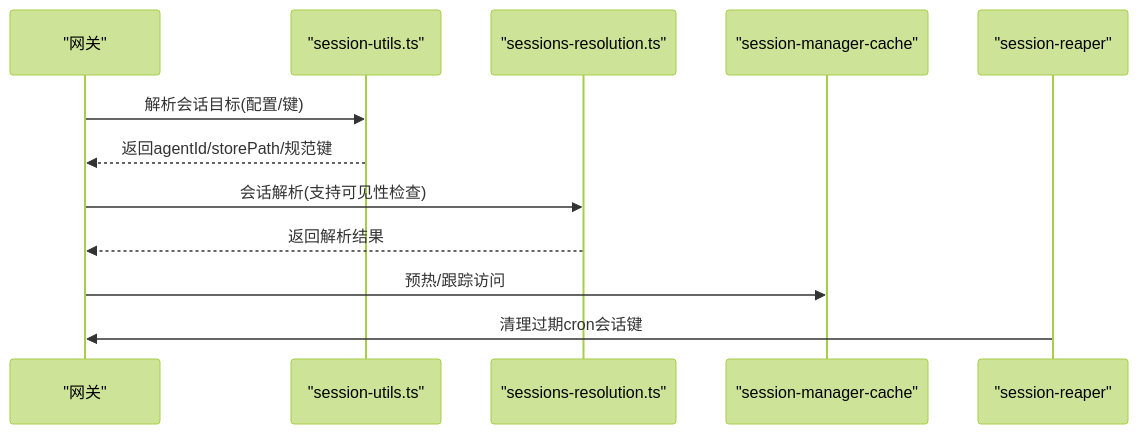
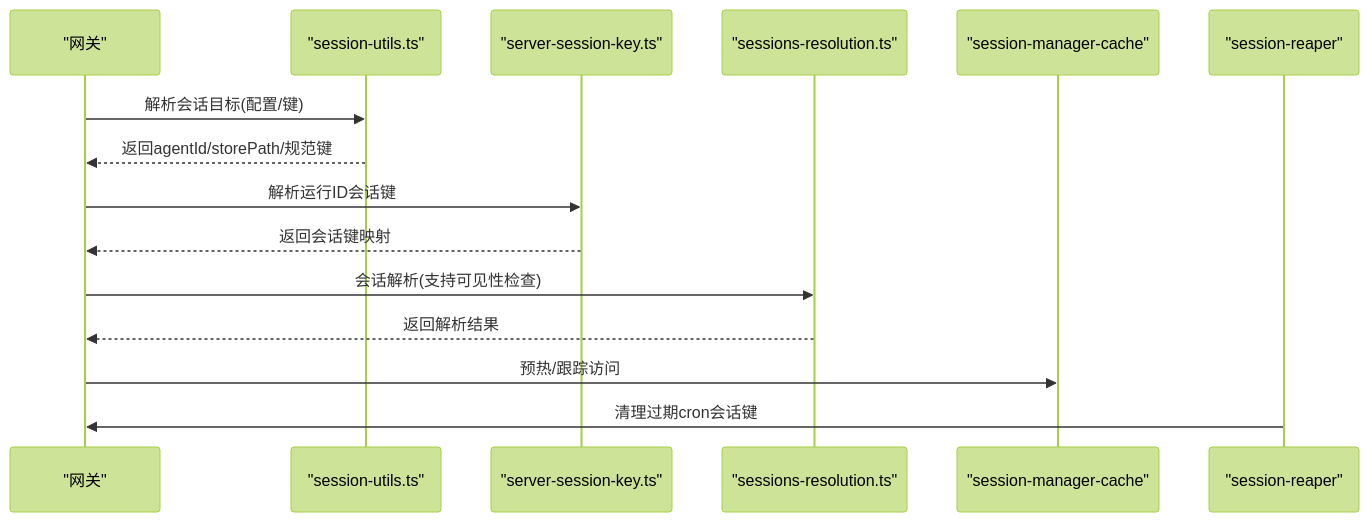
Before and after one commit to verse-ai-org/openclaw: the eighth of 19 diagrams in .qoder/repowiki/zh/content/核心概念/会话管理.md, drawn with Mermaid (forest theme). The commit also changed other lines of this file and 95 other files, not shown here.

````diff
--- a/.qoder/repowiki/zh/content/核心概念/会话管理.md
+++ b/.qoder/repowiki/zh/content/核心概念/会话管理.md
@@ -471,14 +504,17 @@
 ```mermaid
 sequenceDiagram
 participant GW as "网关"
 participant SU as "session-utils.ts"
+participant GSK as "server-session-key.ts"
 participant SR as "sessions-resolution.ts"
 participant SMC as "session-manager-cache"
 participant CR as "session-reaper"
 GW->>SU : 解析会话目标(配置/键)
 SU-->>GW : 返回agentId/storePath/规范键
+GW->>GSK : 解析运行ID会话键
+GSK-->>GW : 返回会话键映射
 GW->>SR : 会话解析(支持可见性检查)
 SR-->>GW : 返回解析结果
 GW->>SMC : 预热/跟踪访问
 CR->>GW : 清理过期cron会话键
 ```
````
